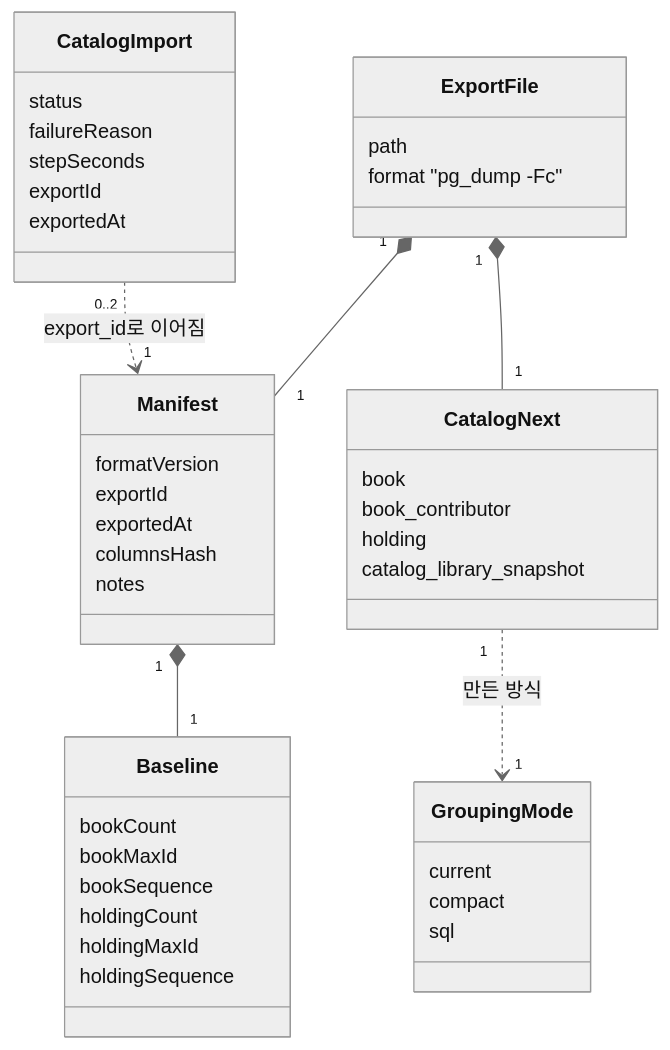
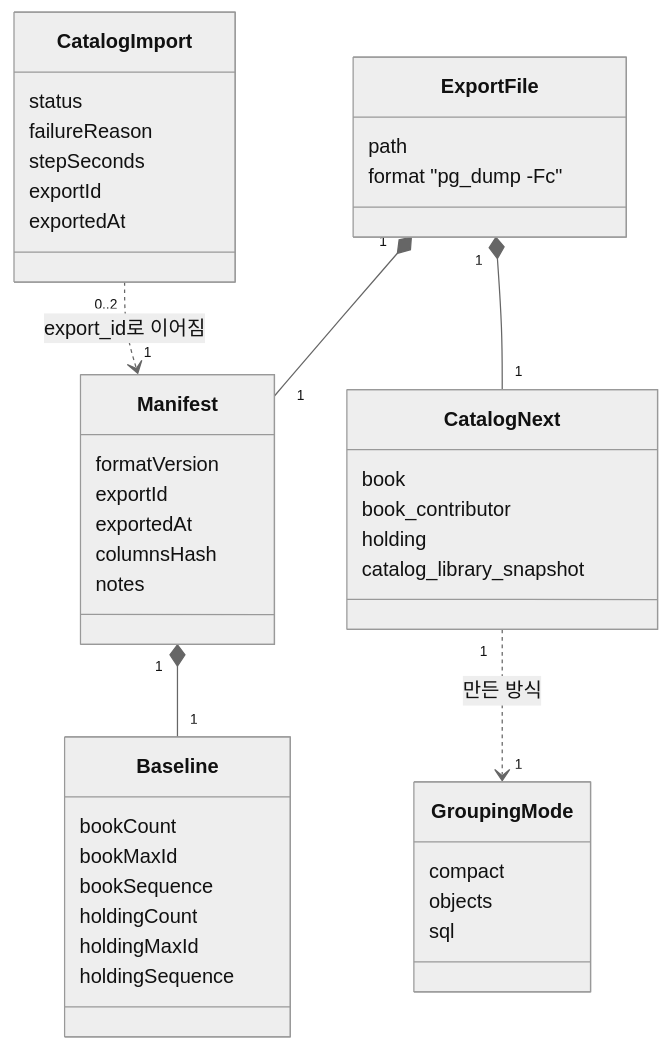
One commit to hodu-sketch/chaekcheck-plan changed the eighth of 11 diagrams in docs/current/module-map.md. Above: the diagram before and after it, drawn with Mermaid (neutral theme). The commit also changed other lines of this file and 8 other files, not shown here.

````diff
--- a/docs/current/module-map.md
+++ b/docs/current/module-map.md
@@ -495,45 +501,45 @@
 ```mermaid
 classDiagram
   class ExportFile {
     path
     format "pg_dump -Fc"
   }
   class Manifest {
     formatVersion
     exportId
     exportedAt
     columnsHash
     notes
   }
   class Baseline {
     bookCount
     bookMaxId
     bookSequence
     holdingCount
     holdingMaxId
     holdingSequence
   }
   class CatalogNext {
     book
     book_contributor
     holding
     catalog_library_snapshot
   }
   class CatalogImport {
     status
     failureReason
     stepSeconds
     exportId
     exportedAt
   }
   class GroupingMode {
-    current
     compact
+    objects
     sql
   }
   ExportFile "1" *-- "1" Manifest
   ExportFile "1" *-- "1" CatalogNext
   Manifest "1" *-- "1" Baseline
   CatalogImport "0..2" ..> "1" Manifest : export_id로 이어짐
   CatalogNext "1" ..> "1" GroupingMode : 만든 방식
 ```
````
